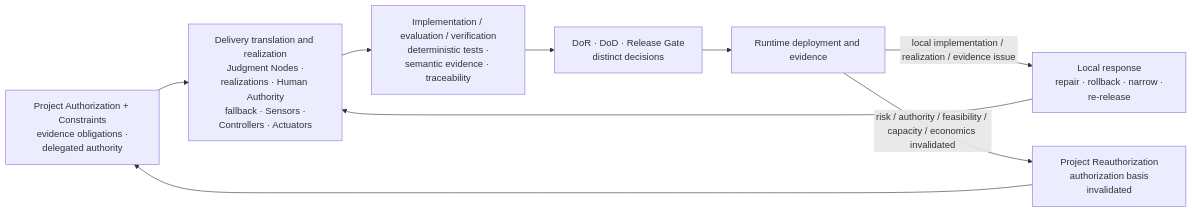
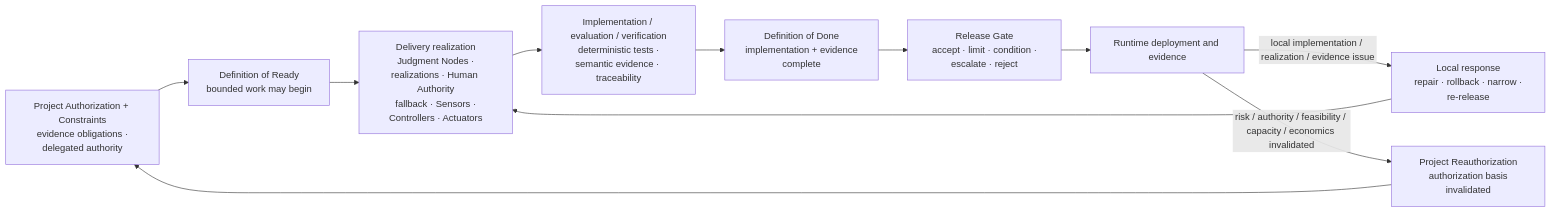
Diagram 12 of 15 in content/research/notes/open-engineering-specification-article-draft.md (UncertaintyArchitectureGroup/uncertainty-architecture), drawn with Mermaid before and after one commit. The commit also changed other lines of this file and 1 other file, not shown here.

````diff
--- a/content/research/notes/open-engineering-specification-article-draft.md
+++ b/content/research/notes/open-engineering-specification-article-draft.md
@@ -661,14 +661,16 @@
 ```mermaid
 flowchart LR
     P["Project Authorization + Constraints<br/> evidence obligations · delegated authority"]
-    ENG["Delivery translation and realization<br/> Judgment Nodes · realizations · Human Authority<br/> fallback · Sensors · Controllers · Actuators"]
+    R["Definition of Ready<br/> bounded work may begin"]
+    ENG["Delivery realization<br/> Judgment Nodes · realizations · Human Authority<br/> fallback · Sensors · Controllers · Actuators"]
     VER["Implementation / evaluation / verification<br/> deterministic tests · semantic evidence · traceability"]
-    G["DoR · DoD · Release Gate<br/> distinct decisions"]
+    D["Definition of Done<br/> implementation + evidence complete"]
+    G["Release Gate<br/> accept · limit · condition · escalate · reject"]
     RUN["Runtime deployment and evidence"]
     LOCAL["Local response<br/> repair · rollback · narrow · re-release"]
     REAUTH["Project Reauthorization<br/> authorization basis invalidated"]
 
-    P --> ENG --> VER --> G --> RUN
+    P --> R --> ENG --> VER --> D --> G --> RUN
     RUN -->|local implementation / realization / evidence issue| LOCAL --> ENG
     RUN -->|risk / authority / feasibility / capacity / economics invalidated| REAUTH --> P
 ```
````
